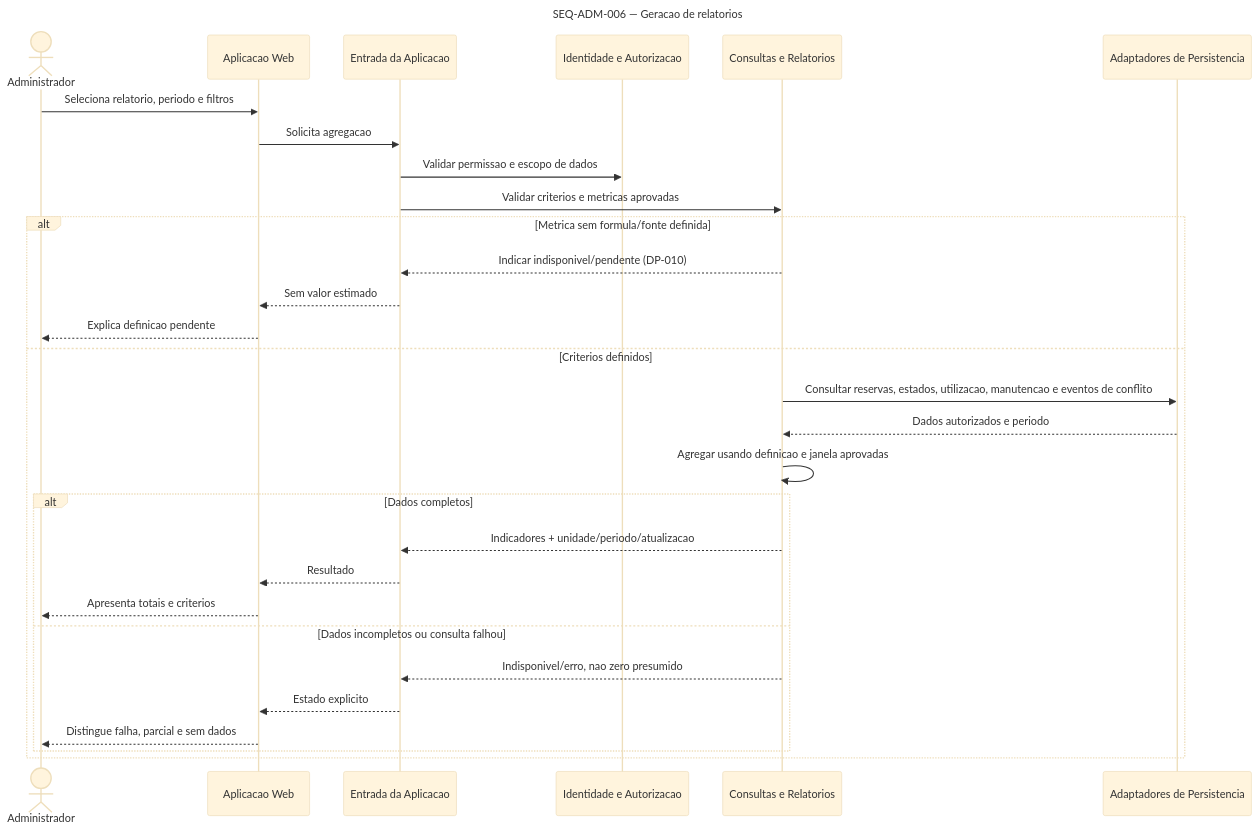
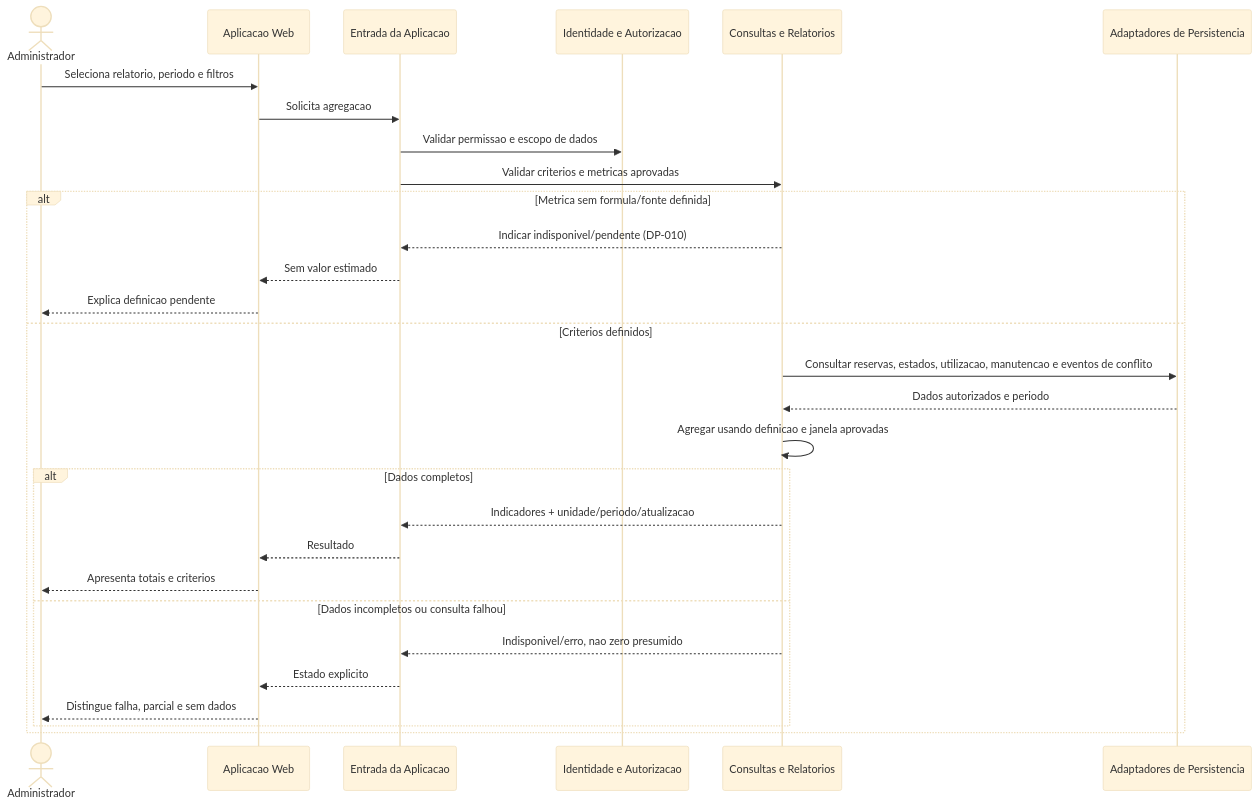
One commit to joaopaulofserafim/projeto_final_QAS changed the sixth of 6 diagrams in PRD/arquitetura/uml/sequencia/ADMINISTRADOR.md. Above: the diagram before and after it, drawn with Mermaid (base theme). The commit also changed other lines of this file and 26 other files, not shown here.

````diff
--- a/PRD/arquitetura/uml/sequencia/ADMINISTRADOR.md
+++ b/PRD/arquitetura/uml/sequencia/ADMINISTRADOR.md
@@ -235,33 +235,33 @@
 ```mermaid
 sequenceDiagram
-    title SEQ-ADM-006 — Geracao de relatorios
+    %% SEQ-ADM-006 — Geracao de relatorios
     actor Adm as Administrador
     participant Web as Aplicacao Web
     participant Entrada as Entrada da Aplicacao
     participant Auth as Identidade e Autorizacao
     participant Relatorios as Consultas e Relatorios
     participant Persistencia as Adaptadores de Persistencia
 
     Adm->>Web: Seleciona relatorio, periodo e filtros
     Web->>Entrada: Solicita agregacao
     Entrada->>Auth: Validar permissao e escopo de dados
     Entrada->>Relatorios: Validar criterios e metricas aprovadas
     alt Metrica sem formula/fonte definida
         Relatorios-->>Entrada: Indicar indisponivel/pendente (DP-010)
         Entrada-->>Web: Sem valor estimado
         Web-->>Adm: Explica definicao pendente
     else Criterios definidos
         Relatorios->>Persistencia: Consultar reservas, estados, utilizacao, manutencao e eventos de conflito
         Persistencia-->>Relatorios: Dados autorizados e periodo
         Relatorios->>Relatorios: Agregar usando definicao e janela aprovadas
         alt Dados completos
             Relatorios-->>Entrada: Indicadores + unidade/periodo/atualizacao
             Entrada-->>Web: Resultado
             Web-->>Adm: Apresenta totais e criterios
         else Dados incompletos ou consulta falhou
             Relatorios-->>Entrada: Indisponivel/erro, nao zero presumido
             Entrada-->>Web: Estado explicito
             Web-->>Adm: Distingue falha, parcial e sem dados
         end
     end
 ```
````
